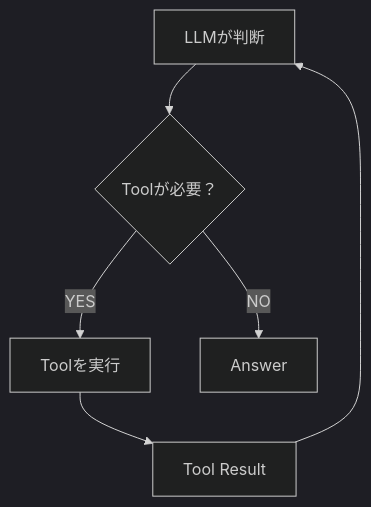
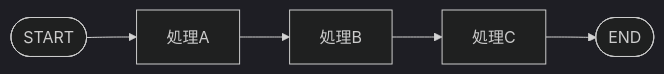
One commit to ykubota-dev/ai-agent-tutorial changed the first of 14 diagrams in docs/07_langgraph.md. Above: the diagram before and after it, drawn with Mermaid (dark theme). The commit also changed other lines of this file and 1 other file, not shown here.

````diff
--- a/docs/07_langgraph.md
+++ b/docs/07_langgraph.md
@@ -44,10 +74,17 @@
 ```mermaid
-flowchart TD
-    A["LLMが判断"] --> B{"Toolが必要？"}
+flowchart LR
+    START(["START"])
 
-    B -->|"YES"| C["Toolを実行"]
-    C --> D["Tool Result"]
-    D --> A
+    A["処理A"]
 
-    B -->|"NO"| E["Answer"]
+    B["処理B"]
+
+    C["処理C"]
+
+    END(["END"])
+
+    START --> A
+    A --> B
+    B --> C
+    C --> END
 ```
````
